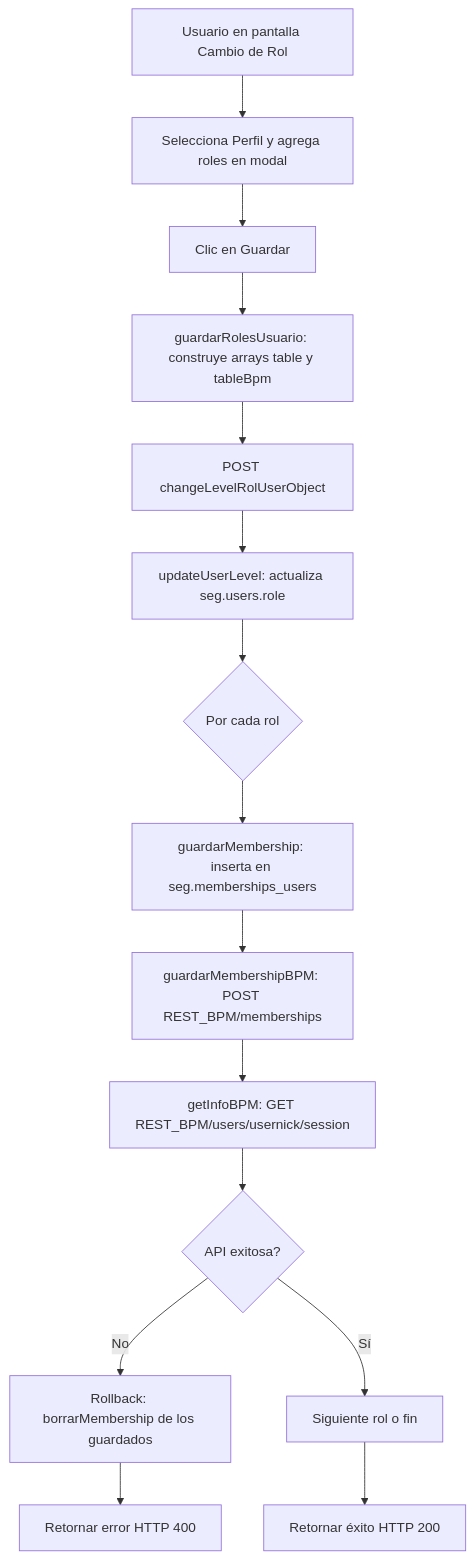
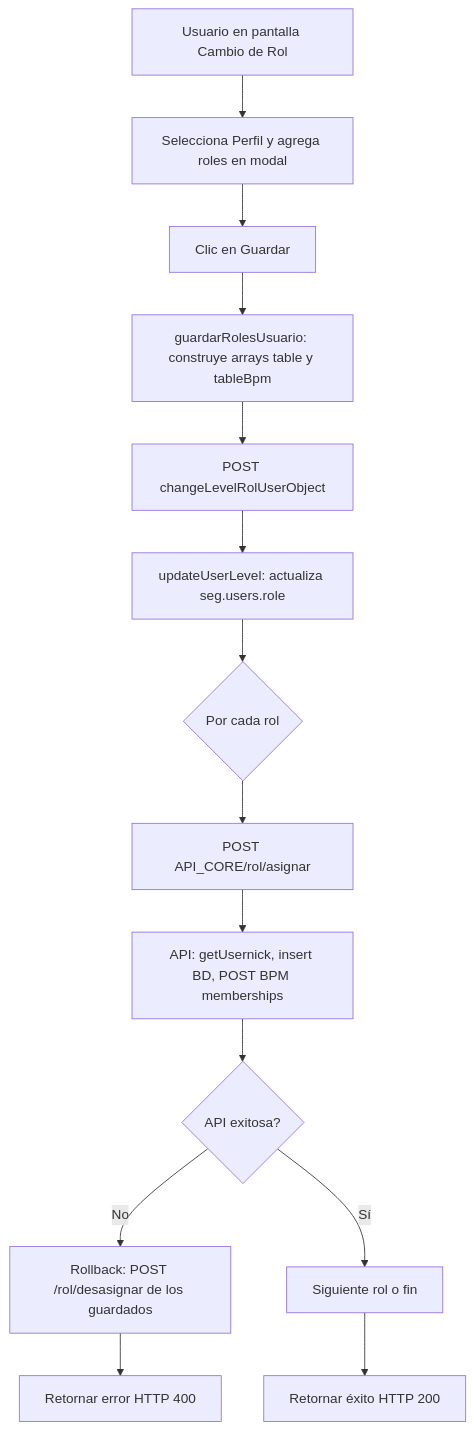
One commit to Trazalog/traz-comp-dnato changed the first of 2 diagrams in doc/asignacion-roles.md. Above: the diagram before and after it, drawn with Mermaid. The commit also changed other lines of this file and 292 other files, not shown here.

Commit message:
Generación de usuarios y asignacion de roles por api CORE, unificado con asset

````diff
--- a/doc/asignacion-roles.md
+++ b/doc/asignacion-roles.md
@@ -16,17 +18,16 @@
 ```mermaid
 flowchart TD
     A[Usuario en pantalla Cambio de Rol] --> B[Selecciona Perfil y agrega roles en modal]
     B --> C[Clic en Guardar]
     C --> D[guardarRolesUsuario: construye arrays table y tableBpm]
     D --> E[POST changeLevelRolUserObject]
     E --> F[updateUserLevel: actualiza seg.users.role]
     F --> G{Por cada rol}
-    G --> H[guardarMembership: inserta en seg.memberships_users]
-    H --> I[guardarMembershipBPM: POST REST_BPM/memberships]
-    I --> J[getInfoBPM: GET REST_BPM/users/usernick/session]
-    J --> K{API exitosa?}
-    K -->|No| L[Rollback: borrarMembership de los guardados]
-    K -->|Sí| M[Siguiente rol o fin]
-    L --> N[Retornar error HTTP 400]
-    M --> O[Retornar éxito HTTP 200]
+    G --> H[POST API_CORE/rol/asignar]
+    H --> I[API: getUsernick, insert BD, POST BPM memberships]
+    I --> J{API exitosa?}
+    J -->|No| K[Rollback: POST /rol/desasignar de los guardados]
+    J -->|Sí| L[Siguiente rol o fin]
+    K --> M[Retornar error HTTP 400]
+    L --> N[Retornar éxito HTTP 200]
 ```
````
